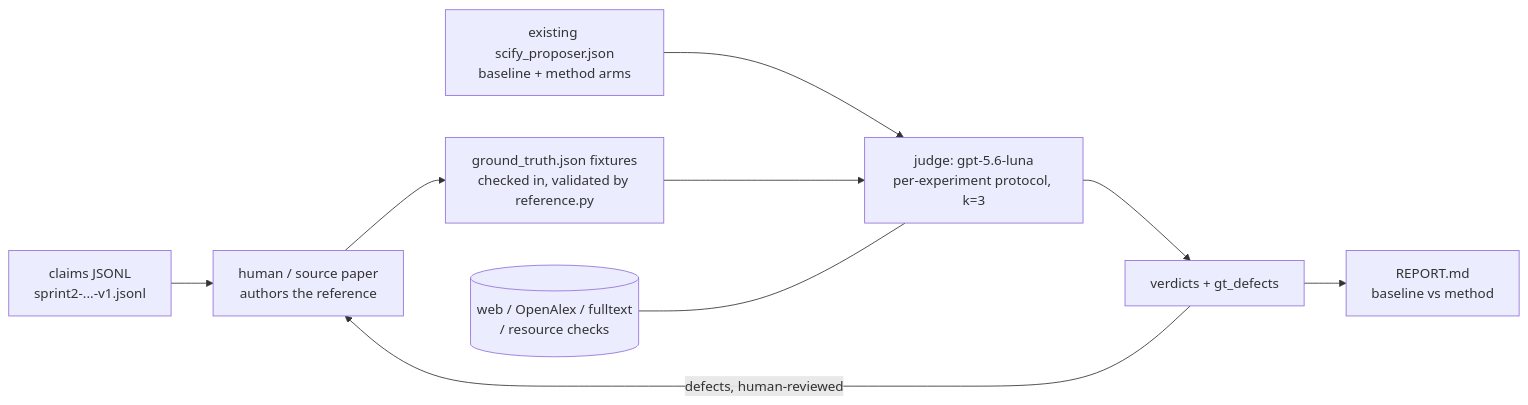
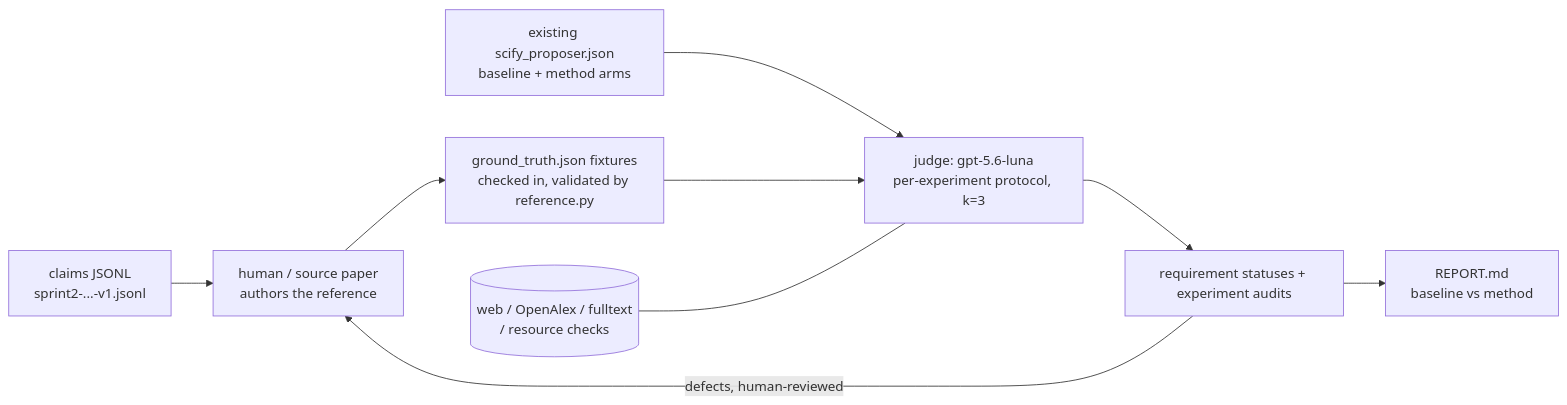
One commit to Wasiq-Malik/norm-cards changed the diagram in docs/eval_harness_design.md. Above: the diagram before and after it, drawn with Mermaid. The commit also changed other lines of this file and 210 other files, not shown here.

````diff
--- a/docs/eval_harness_design.md
+++ b/docs/eval_harness_design.md
@@ -329,11 +397,11 @@
 ```mermaid
 flowchart LR
   B[claims JSONL\nsprint2-...-v1.jsonl] --> H[human / source paper\nauthors the reference]
   H --> GTJ[ground_truth.json fixtures\nchecked in, validated by reference.py]
   P[existing scify_proposer.json\nbaseline + method arms] --> EV
   GTJ --> EV[judge: gpt-5.6-luna\nper-experiment protocol, k=3]
   T[(web / OpenAlex / fulltext\n/ resource checks)] --- EV
-  EV --> J[verdicts + gt_defects]
+  EV --> J[requirement statuses + experiment audits]
   J --> R[REPORT.md\nbaseline vs method]
   J -->|defects, human-reviewed| H
 ```
````
